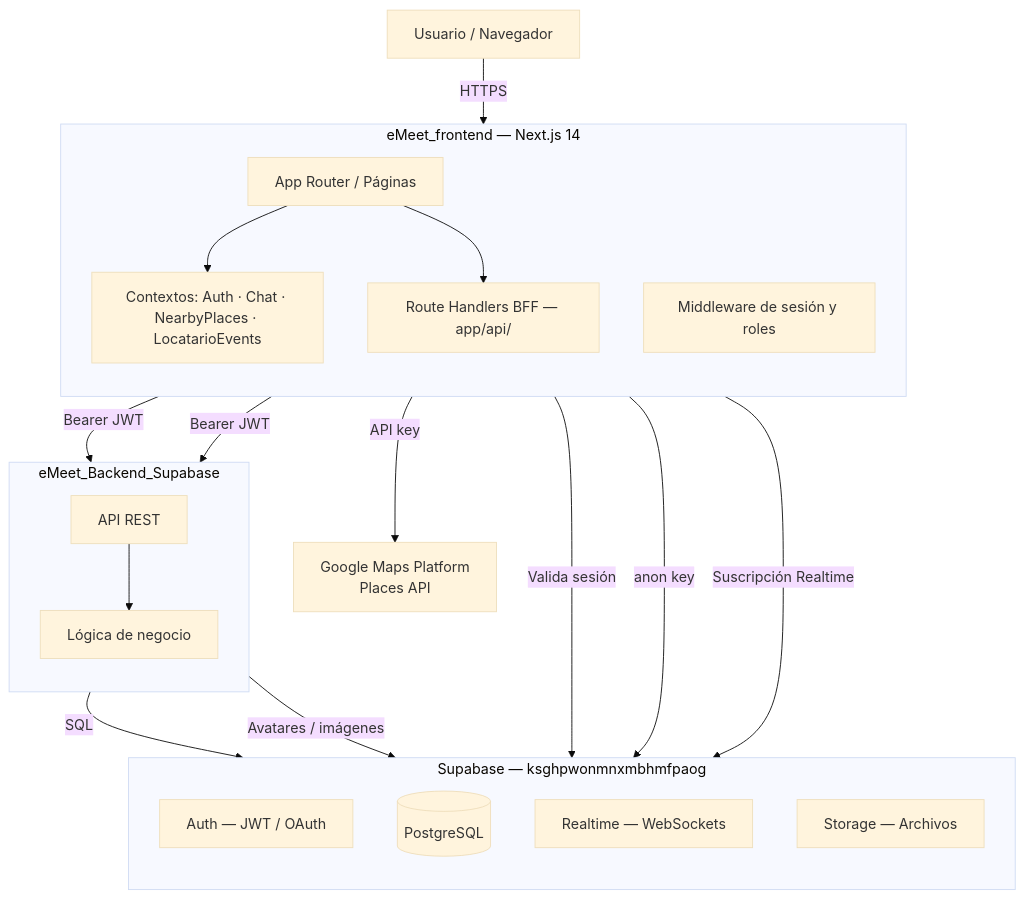
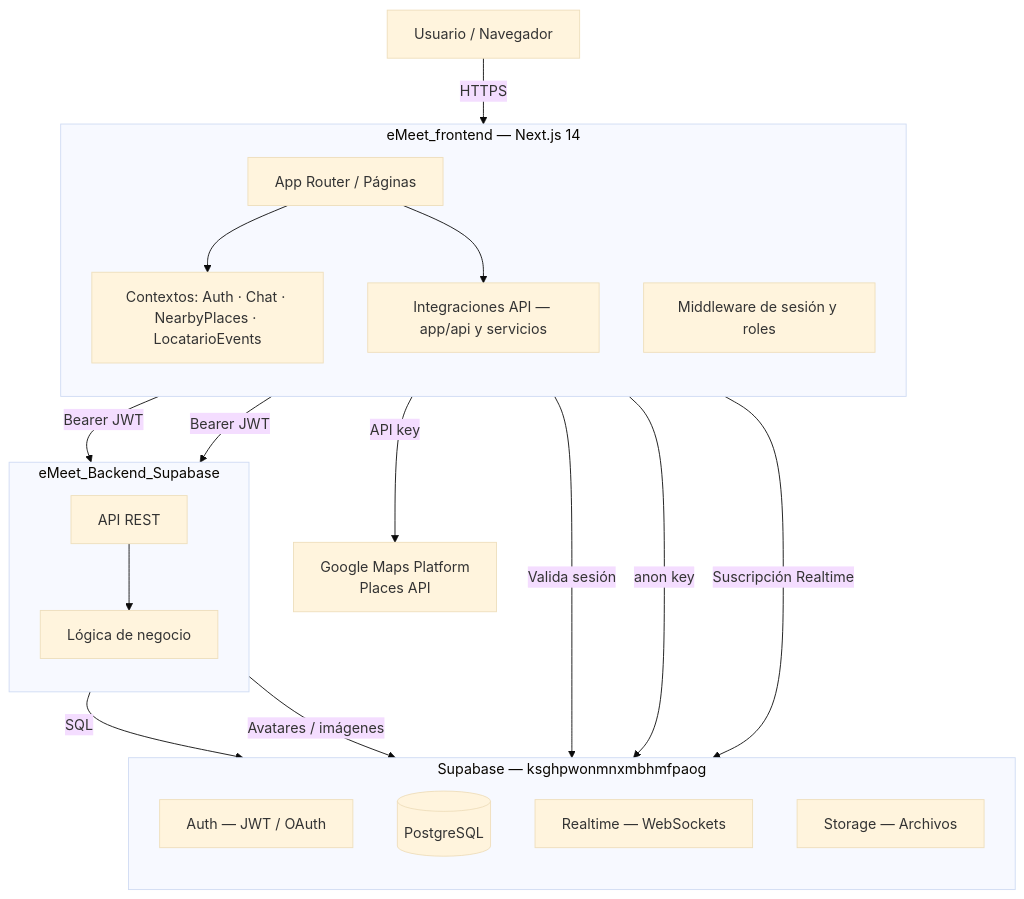
The diagram in Documentacion/Arquitectura.md (DanielBravoS88/eMeet_frontend), drawn with Mermaid (base theme) before and after one commit. The commit also changed other lines of this file, not shown here.

````diff
--- a/Documentacion/Arquitectura.md
+++ b/Documentacion/Arquitectura.md
@@ -255,42 +282,42 @@
 ```mermaid
 flowchart TD
     U[Usuario / Navegador] -->|HTTPS| FE
 
     subgraph FE [eMeet_frontend — Next.js 14]
         direction TB
         APP[App Router / Páginas]
         CTX[Contextos: Auth · Chat · NearbyPlaces · LocatarioEvents]
-        BFF[Route Handlers BFF — app/api/]
+      APIINT[Integraciones API — app/api y servicios]
         MW[Middleware de sesión y roles]
     end
 
     APP --> CTX
-    APP --> BFF
+    APP --> APIINT
     MW -->|Valida sesión| SA
 
-    BFF -->|Bearer JWT| BACK
+    APIINT -->|Bearer JWT| BACK
     CTX -->|Bearer JWT| BACK
     CTX -->|anon key| SA
 
     subgraph BACK [eMeet_Backend_Supabase]
         direction TB
         API[API REST]
         BL[Lógica de negocio]
         API --> BL
     end
 
     BL -->|SQL| DB
 
     subgraph SUP [Supabase — ksghpwonmnxmbhmfpaog]
         direction TB
         SA[Auth — JWT / OAuth]
         DB[(PostgreSQL)]
         RT[Realtime — WebSockets]
         ST[Storage — Archivos]
     end
 
     CTX -->|Suscripción Realtime| RT
     BL -->|Avatares / imágenes| ST
 
     CTX -->|API key| GM[Google Maps Platform\nPlaces API]
 ```
````
